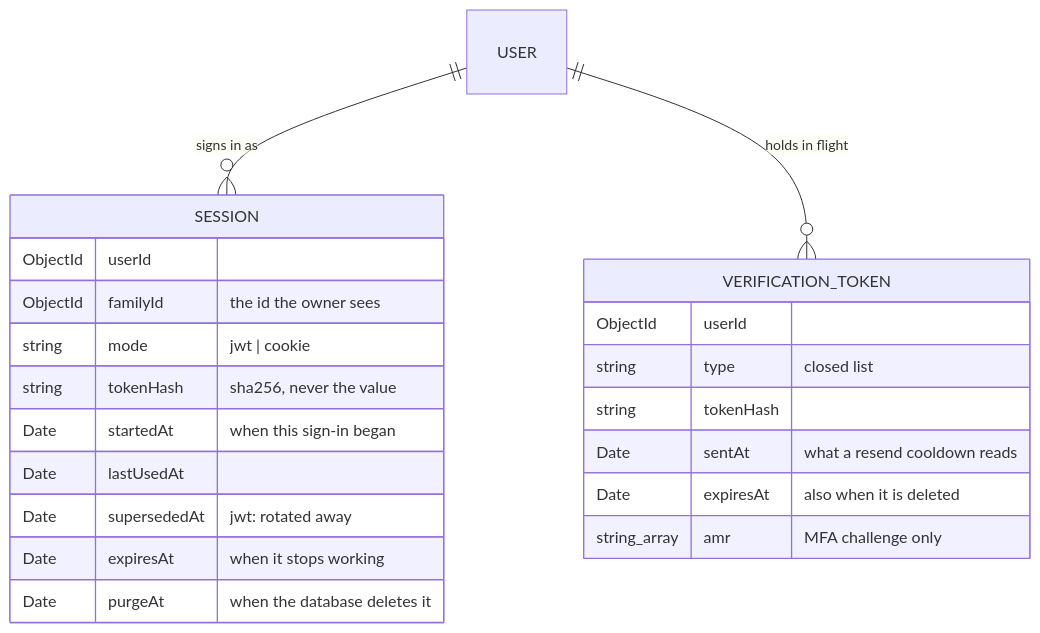
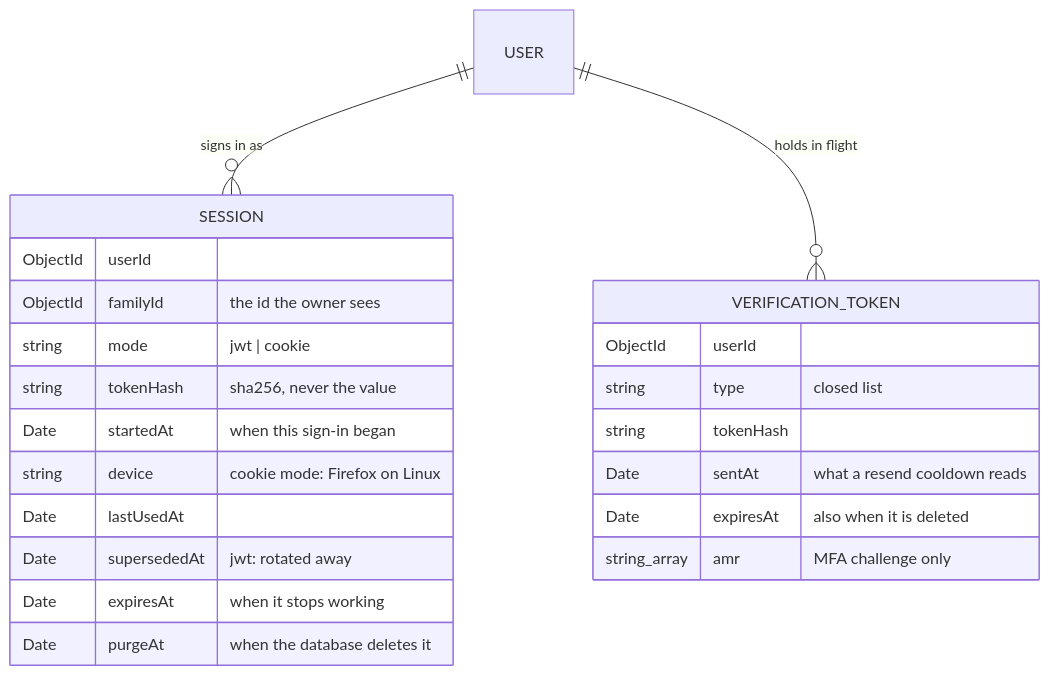
The sixth of 7 diagrams in docs/modules/account-sessions.md (Guebbit/boilerplate-node-backend), drawn with Mermaid before and after one commit. The commit also changed other lines of this file and 15 other files, not shown here.

First line of the commit message:
feat(account): show when each session began and, in cookie mode, what device it is on

````diff
--- a/docs/modules/account-sessions.md
+++ b/docs/modules/account-sessions.md
@@ -360,24 +360,25 @@
 ```mermaid
 erDiagram
     USER ||--o{ SESSION : "signs in as"
     USER ||--o{ VERIFICATION_TOKEN : "holds in flight"
     SESSION {
         ObjectId userId
         ObjectId familyId "the id the owner sees"
         string mode "jwt | cookie"
         string tokenHash "sha256, never the value"
         Date startedAt "when this sign-in began"
+        string device "cookie mode: Firefox on Linux"
         Date lastUsedAt
         Date supersededAt "jwt: rotated away"
         Date expiresAt "when it stops working"
         Date purgeAt "when the database deletes it"
     }
     VERIFICATION_TOKEN {
         ObjectId userId
         string type "closed list"
         string tokenHash
         Date sentAt "what a resend cooldown reads"
         Date expiresAt "also when it is deleted"
         string_array amr "MFA challenge only"
     }
 ```
````
